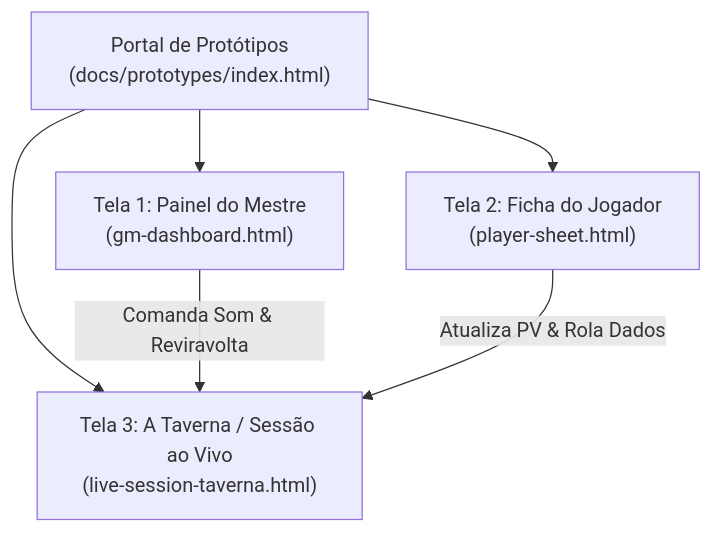
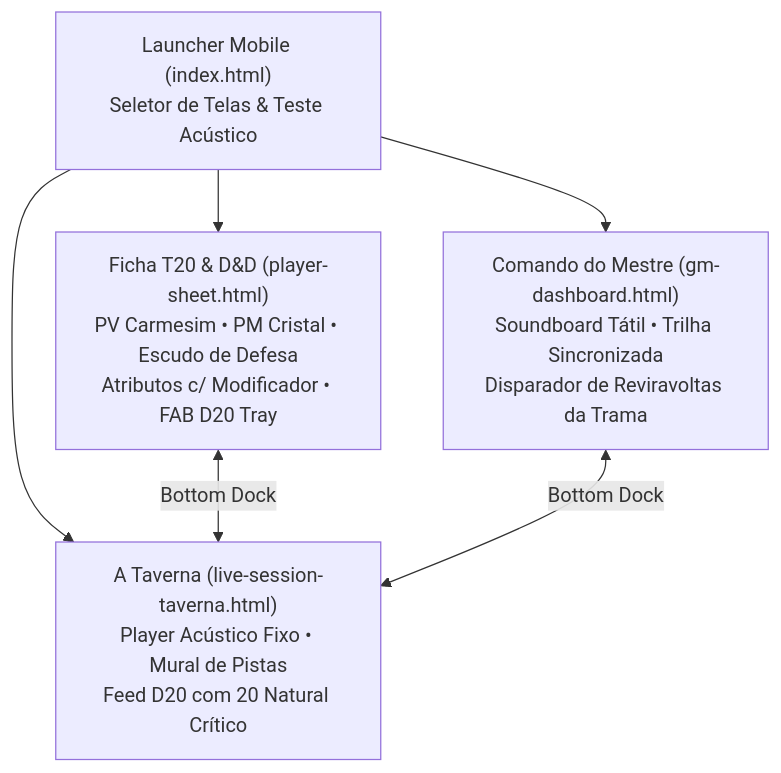
One commit to fortunatolf-tech/obardo changed the diagram in docs/10-prototipos-de-alta-fidelidade.md. Above: the diagram before and after it, drawn with Mermaid. The commit also changed other lines of this file and 8 other files, not shown here.

Commit message:
refactor(ui): redesign prototypes to mobile-first Tormenta20 & D&D D20 system

````diff
--- a/docs/10-prototipos-de-alta-fidelidade.md
+++ b/docs/10-prototipos-de-alta-fidelidade.md
@@ -21,15 +21,15 @@
 ```mermaid
 flowchart TD
-    Index["Portal de Protótipos<br/>(docs/prototypes/index.html)"]
+    Index["Launcher Mobile (index.html)<br/>Seletor de Telas & Teste Acústico"]
     
-    T1["Tela 1: Painel do Mestre<br/>(gm-dashboard.html)"]
-    T2["Tela 2: Ficha do Jogador<br/>(player-sheet.html)"]
-    T3["Tela 3: A Taverna / Sessão ao Vivo<br/>(live-session-taverna.html)"]
+    P1["Ficha T20 & D&D (player-sheet.html)<br/>PV Carmesim • PM Cristal • Escudo de Defesa<br/>Atributos c/ Modificador • FAB D20 Tray"]
+    P2["Comando do Mestre (gm-dashboard.html)<br/>Soundboard Tátil • Trilha Sincronizada<br/>Disparador de Reviravoltas da Trama"]
+    P3["A Taverna (live-session-taverna.html)<br/>Player Acústico Fixo • Mural de Pistas<br/>Feed D20 com 20 Natural Crítico"]
+
+    Index --> P1
+    Index --> P2
+    Index --> P3
     
-    Index --> T1
-    Index --> T2
-    Index --> T3
-    
-    T1 -->|Comanda Som & Reviravolta| T3
-    T2 -->|Atualiza PV & Rola Dados| T3
+    P1 <-->|Bottom Dock| P3
+    P2 <-->|Bottom Dock| P3
 ```
````
